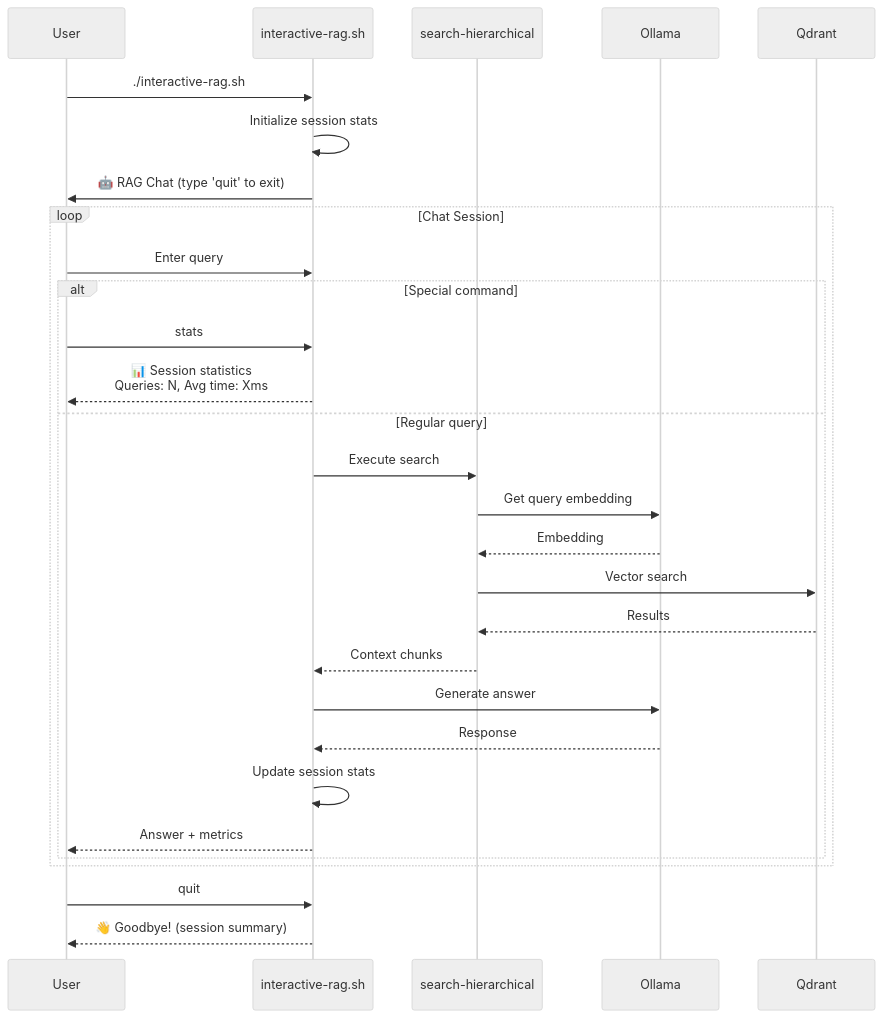
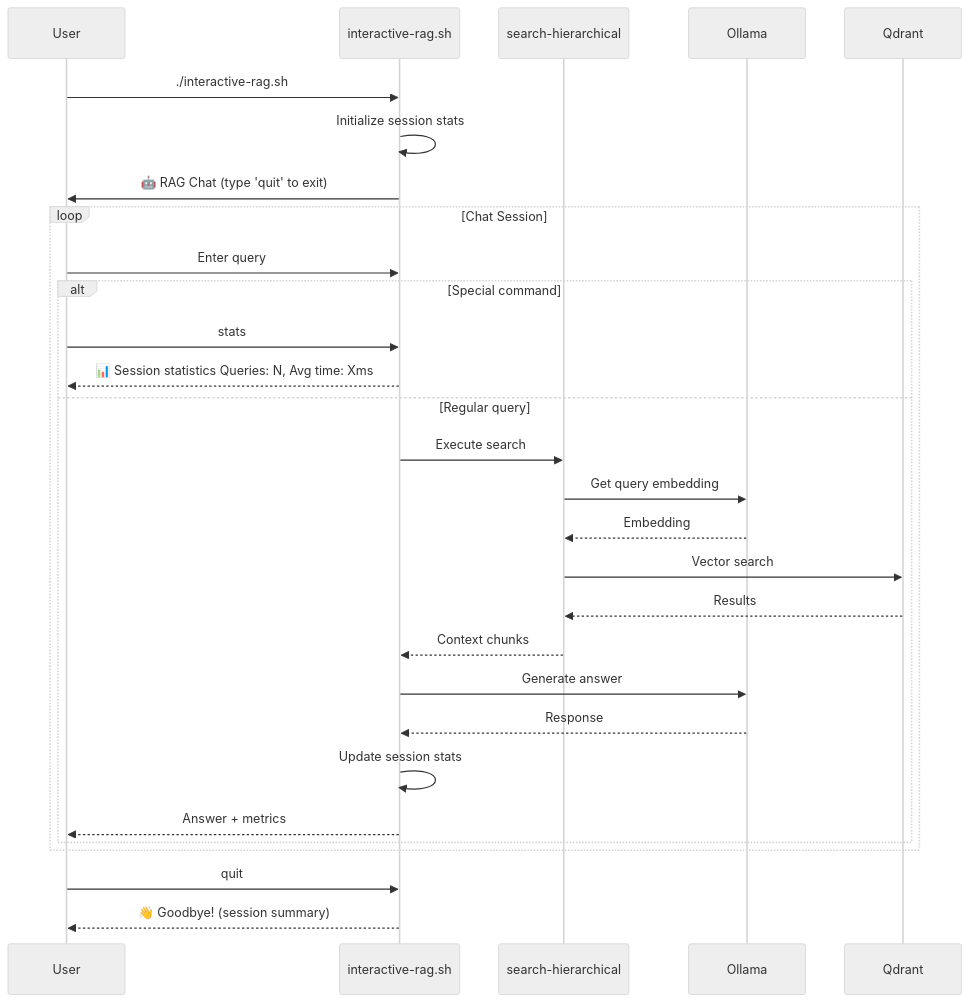
The fifth of 13 diagrams in wiki/Data-Flow-Diagrams.md (softwarewrighter/rag-demo), drawn with Mermaid (neutral theme) before and after one commit. The commit also changed other lines of this file and 7 other files, not shown here.

````diff
--- a/wiki/Data-Flow-Diagrams.md
+++ b/wiki/Data-Flow-Diagrams.md
@@ -164,37 +164,37 @@
 ```mermaid
 sequenceDiagram
     participant User
     participant Script as interactive-rag.sh
     participant Search as search-hierarchical
     participant Ollama
     participant Qdrant
 
     User->>Script: ./interactive-rag.sh
     Script->>Script: Initialize session stats
     Script->>User: 🤖 RAG Chat (type 'quit' to exit)
 
     loop Chat Session
         User->>Script: Enter query
 
         alt Special command
             User->>Script: stats
-            Script-->>User: 📊 Session statistics<br/>Queries: N, Avg time: Xms
+            Script-->>User: 📊 Session statistics Queries: N, Avg time: Xms
         else Regular query
             Script->>Search: Execute search
             Search->>Ollama: Get query embedding
             Ollama-->>Search: Embedding
             Search->>Qdrant: Vector search
             Qdrant-->>Search: Results
             Search-->>Script: Context chunks
 
             Script->>Ollama: Generate answer
             Ollama-->>Script: Response
 
             Script->>Script: Update session stats
             Script-->>User: Answer + metrics
         end
     end
 
     User->>Script: quit
     Script-->>User: 👋 Goodbye! (session summary)
 ```
````
